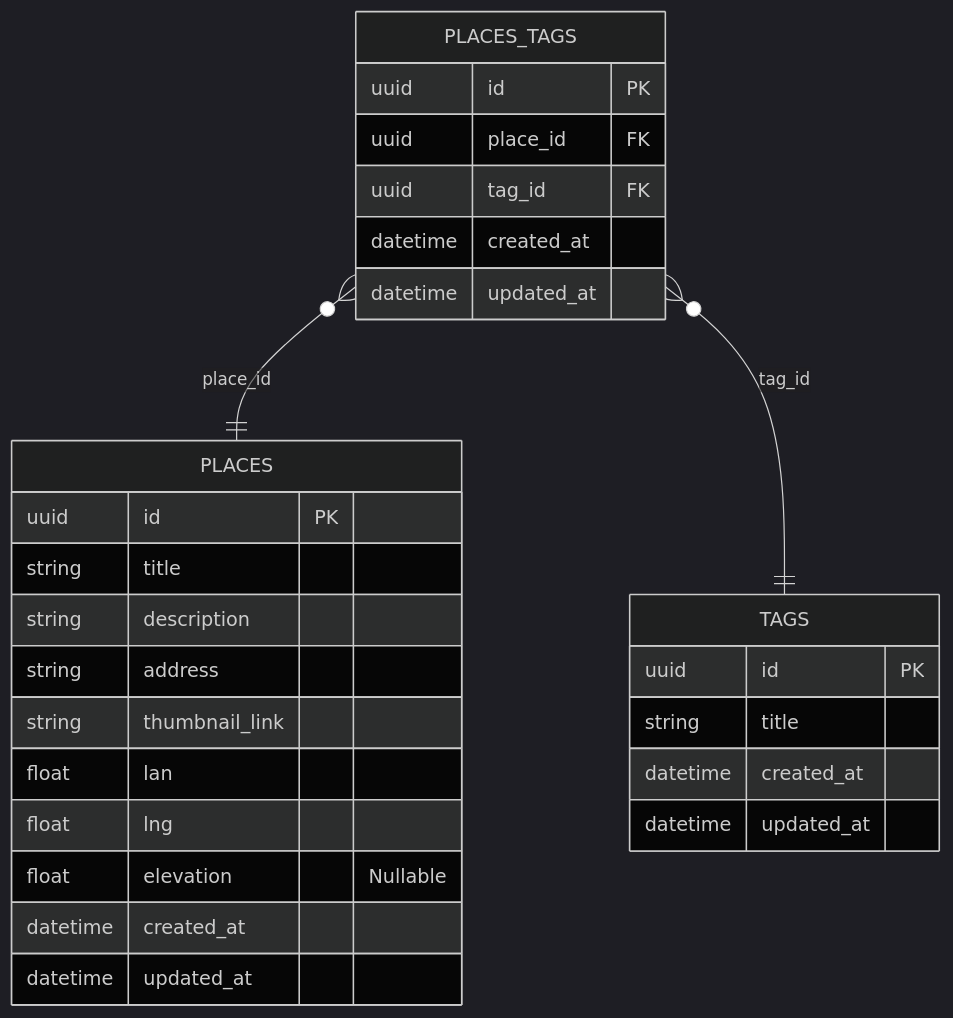
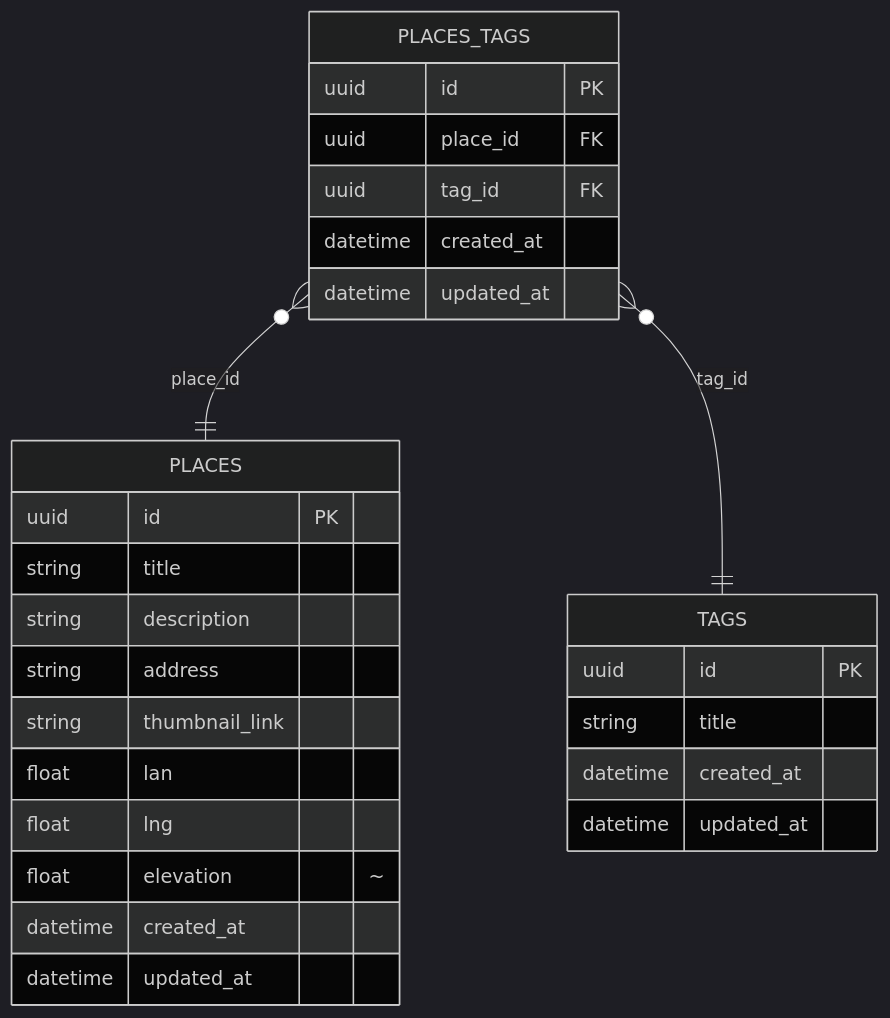
One commit to luiqor/krokwalk changed the diagram in readme.md. Above: the diagram before and after it, drawn with Mermaid (dark theme). The commit also changed 2 other files, not shown here.

Commit message:
remove redundant PlaceTagModel

````diff
--- a/readme.md
+++ b/readme.md
@@ -5,32 +5,32 @@
 ```mermaid
 erDiagram
     PLACES {
         uuid id PK
         string title
         string description
         string address
         string thumbnail_link
         float lan
         float lng
-        float elevation "Nullable"
+        float elevation "~"
         datetime created_at
         datetime updated_at
     }
 
     PLACES_TAGS }o--|| PLACES : "place_id"
     PLACES_TAGS }o--|| TAGS : "tag_id"
     PLACES_TAGS {
         uuid id PK
         uuid place_id FK
         uuid tag_id FK
         datetime created_at
         datetime updated_at
     }
 
     TAGS {
         uuid id PK
         string title
         datetime created_at
         datetime updated_at
     }
 ```
````
